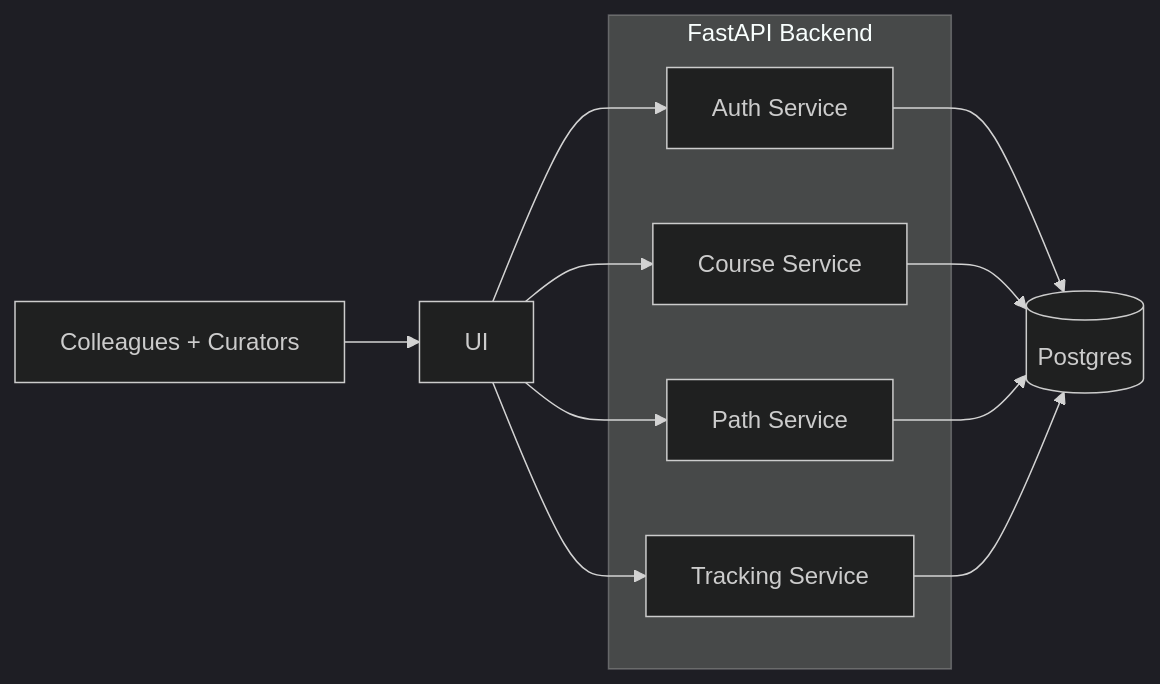
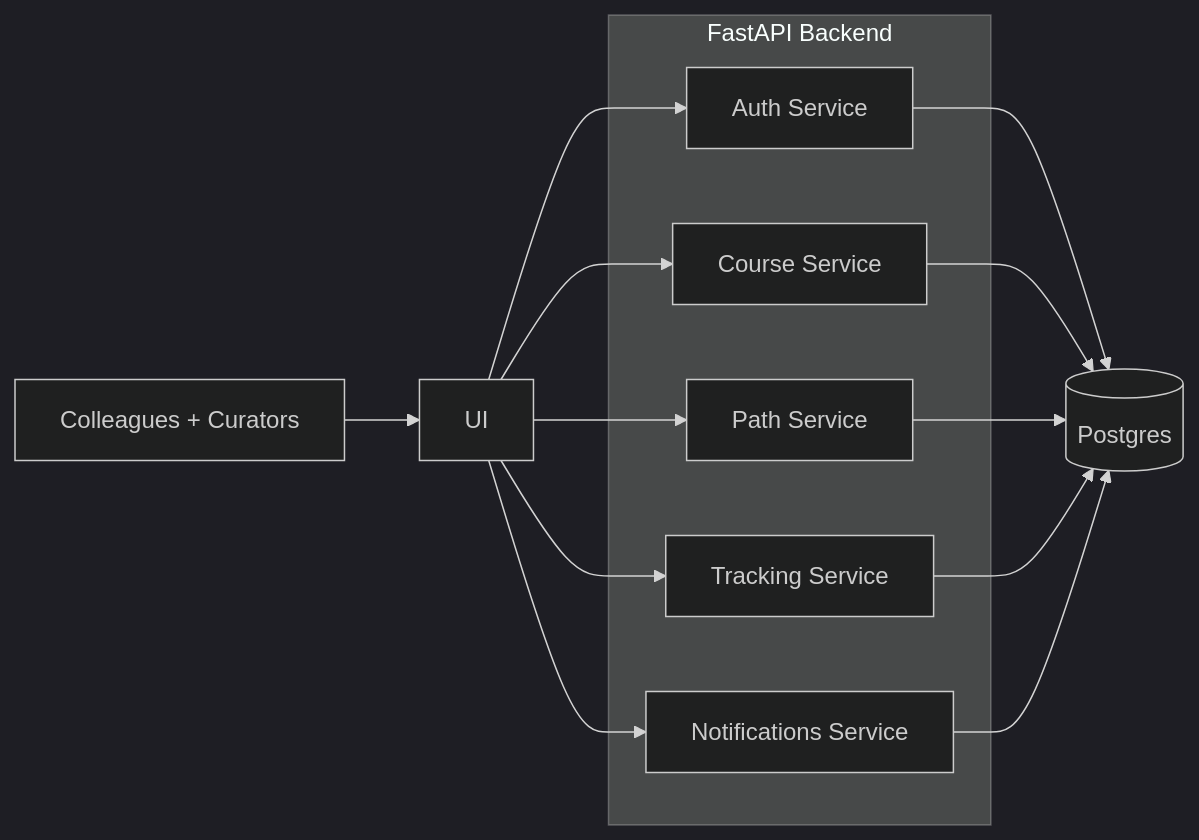
The first of 15 diagrams in docs/architecture_backend.md (JustinMelger/Upstream), drawn with Mermaid (dark theme) before and after one commit. The commit also changed other lines of this file and 58 other files, not shown here.

````diff
--- a/docs/architecture_backend.md
+++ b/docs/architecture_backend.md
@@ -14,22 +14,25 @@
 ```mermaid
 flowchart LR
   Users[Colleagues + Curators] --> UI[UI]
 
   subgraph API[FastAPI Backend]
     Auth[Auth Service]
     Courses[Course Service]
     Paths[Path Service]
     Tracking[Tracking Service]
+    Notifications[Notifications Service]
   end
 
   UI --> Auth
   UI --> Courses
   UI --> Paths
   UI --> Tracking
+  UI --> Notifications
 
   DB[(Postgres)]
   Auth --> DB
   Courses --> DB
   Paths --> DB
   Tracking --> DB
+  Notifications --> DB
 ```
````
